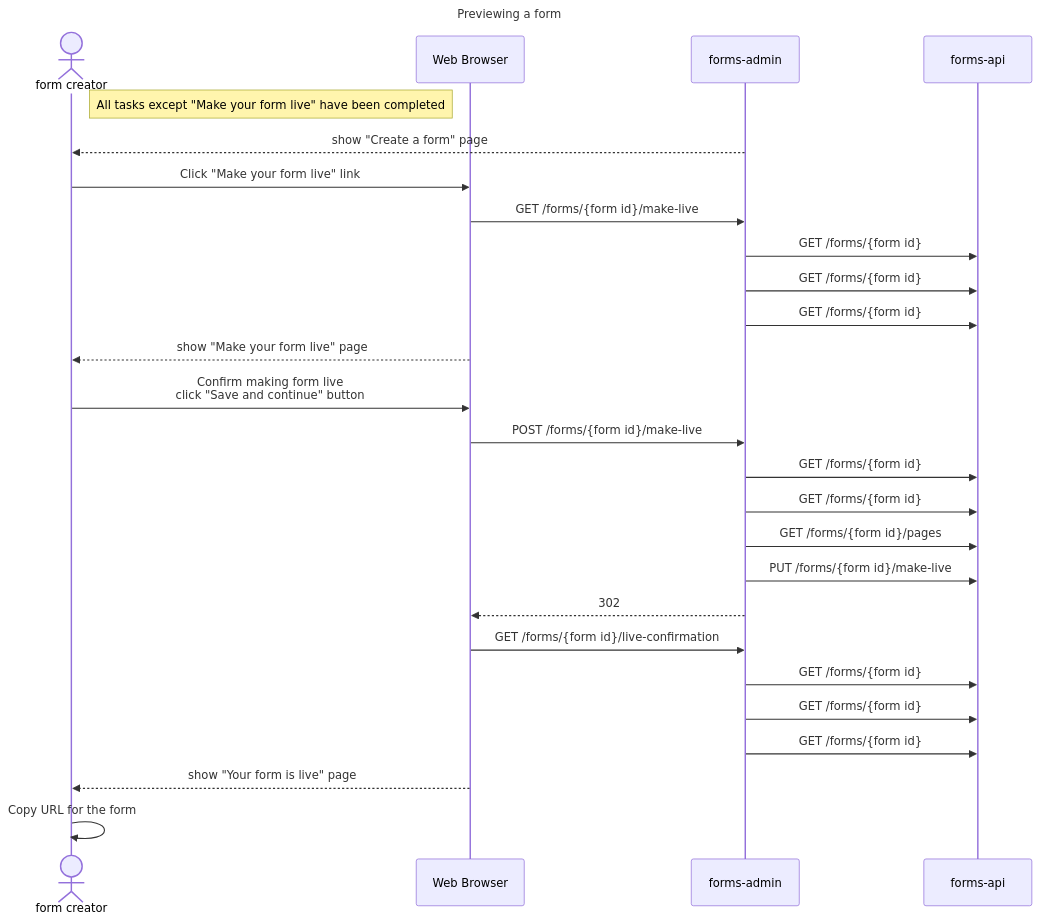
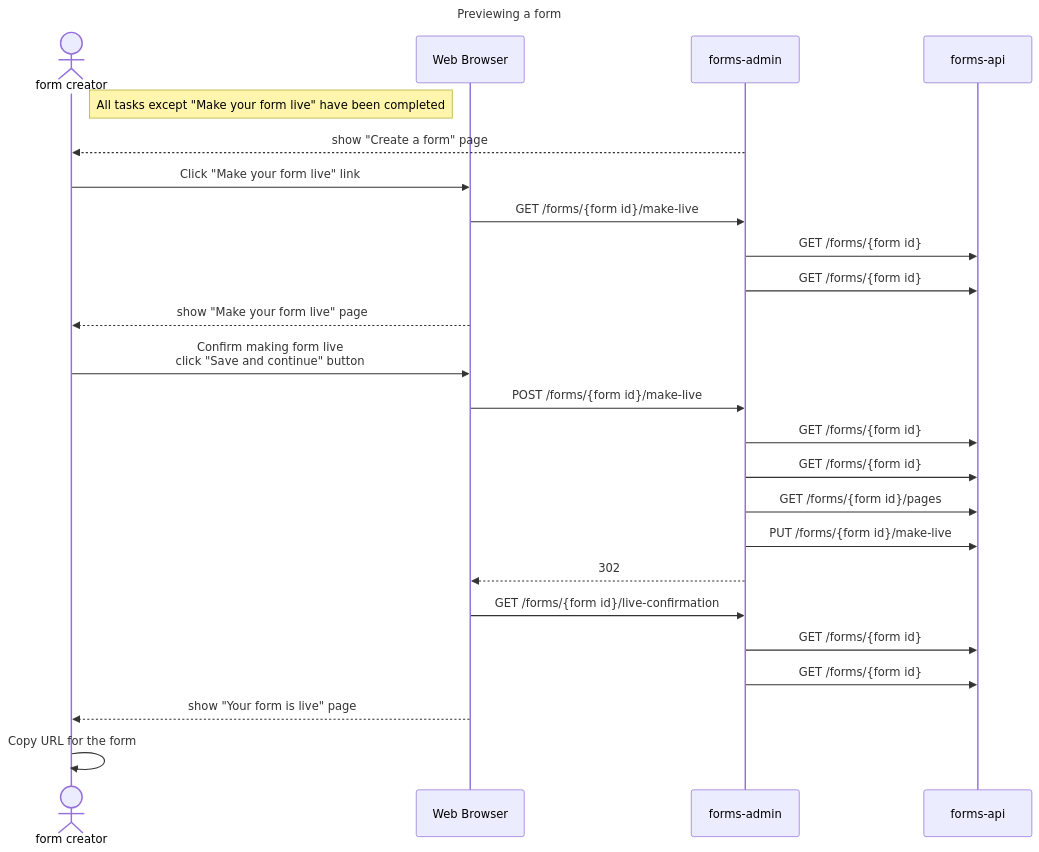
The first of 2 diagrams in diagrams/sequence-diagrams/publishing-a-form.md (alphagov/forms), drawn with Mermaid before and after one commit.

Commit message:
Remove extra get form request
See https://github.com/alphagov/forms-admin/pull/332

````diff
--- a/diagrams/sequence-diagrams/publishing-a-form.md
+++ b/diagrams/sequence-diagrams/publishing-a-form.md
@@ -3,35 +3,33 @@
 ```mermaid 
 sequenceDiagram
   title Previewing a form
   actor user as form creator
   participant browser as Web Browser
   participant admin as forms-admin
   link admin: GitHub repo @ https://github.com/alphagov/forms-admin   
   participant api as forms-api
   link api: GitHub repo @ https://github.com/alphagov/forms-api  
 
   note right of user: All tasks except "Make your form live" have been completed
 
   admin-->>user: show "Create a form" page
   user->>browser: Click "Make your form live" link
   browser->>admin: GET /forms/{form id}/make-live
   admin->>api: GET /forms/{form id}
   admin->>api: GET /forms/{form id}
-  admin->>api: GET /forms/{form id}
   browser-->>user: show "Make your form live" page
 
   user->>browser: Confirm making form live<br />click "Save and continue" button
   browser->>admin: POST /forms/{form id}/make-live
   admin->>api: GET /forms/{form id}
   admin->>api: GET /forms/{form id}
   admin->>api: GET /forms/{form id}/pages
   admin->>api: PUT /forms/{form id}/make-live
   admin-->>browser: 302
   browser->>admin: GET /forms/{form id}/live-confirmation
   admin->>api: GET /forms/{form id}
   admin->>api: GET /forms/{form id}
-  admin->>api: GET /forms/{form id}
   browser-->>user: show "Your form is live" page
   user->>user: Copy URL for the form
 
 ```
````
